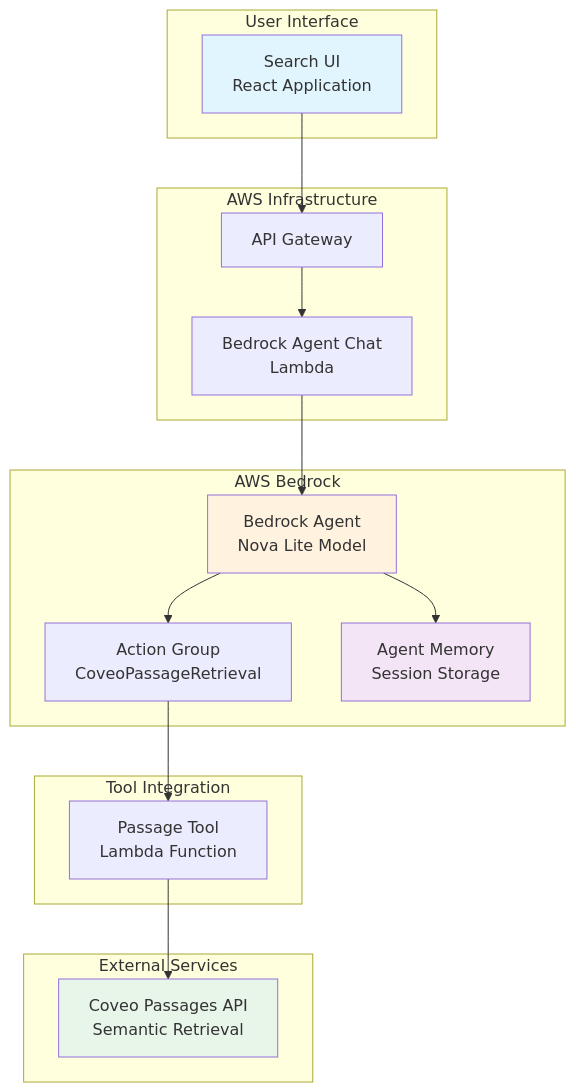
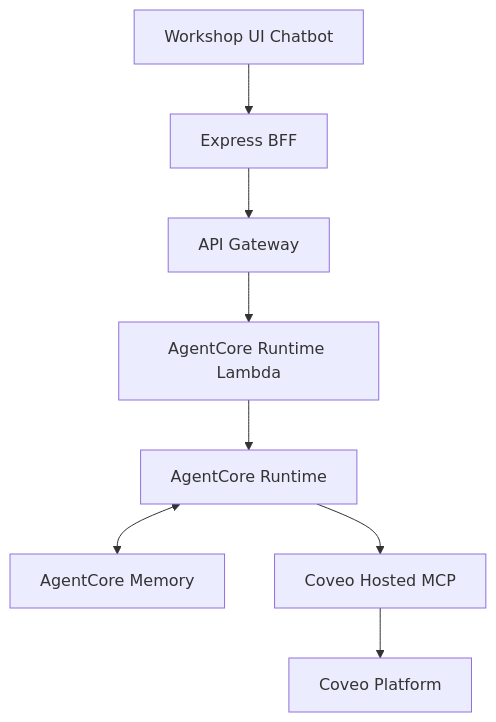
The diagram in mkdocs-workshop/docs/lab2/index.md (kpullagu/aws-coveo-workshop-stackset), drawn with Mermaid before and after one commit. The commit also changed other lines of this file and 98 other files, not shown here.

First line of the commit message:
Workshop refresh: AgentCore + Hosted MCP chatbot, native Coveo Search Agent UI, and updated docs

````diff
--- a/mkdocs-workshop/docs/lab2/index.md
+++ b/mkdocs-workshop/docs/lab2/index.md
@@ -26,38 +26,19 @@
 ```mermaid
 graph TB
-    subgraph "User Interface"
-        UI[Search UI<br/>React Application]
-    end
-    
-    subgraph "AWS Infrastructure"
-        API[API Gateway]
-        Lambda[Bedrock Agent Chat<br/>Lambda]
-    end
-    
-    subgraph "AWS Bedrock"
-        Agent[Bedrock Agent<br/>Nova Lite Model]
-        ActionGroup[Action Group<br/>CoveoPassageRetrieval]
-        Memory[Agent Memory<br/>Session Storage]
-    end
-    
-    subgraph "Tool Integration"
-        Tool[Passage Tool<br/>Lambda Function]
-    end
-    
-    subgraph "External Services"
-        COVEO[Coveo Passages API<br/>Semantic Retrieval]
-    end
-    
-    UI --> API
-    API --> Lambda
-    Lambda --> Agent
-    Agent --> ActionGroup
-    ActionGroup --> Tool
-    Tool --> COVEO
-    Agent --> Memory
-    
-    style UI fill:#e1f5fe
-    style Agent fill:#fff3e0
-    style Memory fill:#f3e5f5
-    style COVEO fill:#e8f5e9
+    UI[Workshop UI Chatbot]
+    BFF[Express BFF]
+    API[API Gateway]
+    LAMBDA[AgentCore Runtime Lambda]
+    RUNTIME[AgentCore Runtime]
+    MEMORY[AgentCore Memory]
+    MCP[Coveo Hosted MCP]
+    COVEO[Coveo Platform]
+
+    UI --> BFF
+    BFF --> API
+    API --> LAMBDA
+    LAMBDA --> RUNTIME
+    RUNTIME <--> MEMORY
+    RUNTIME --> MCP
+    MCP --> COVEO
 ```
````
